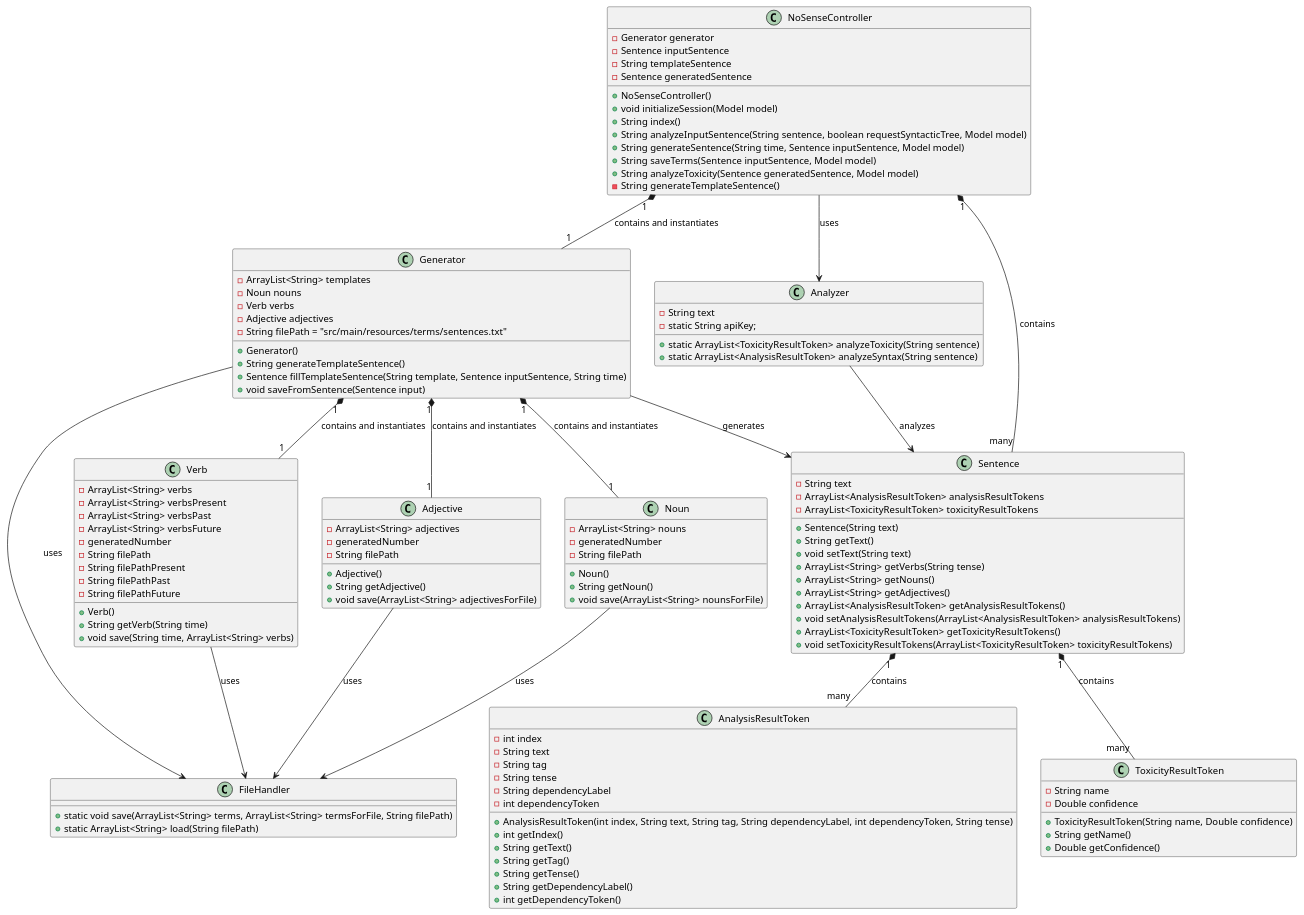
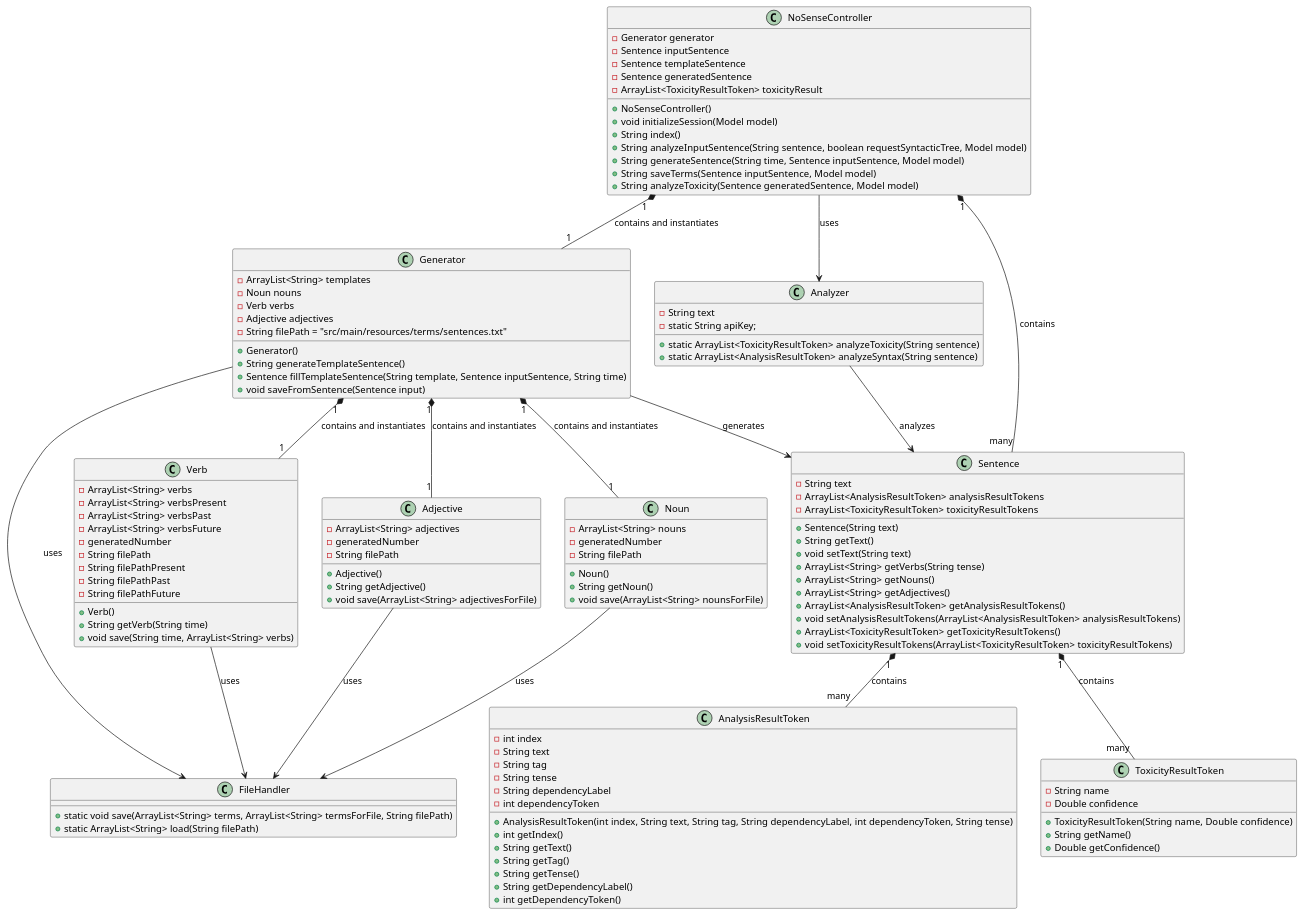
One commit to Giovi2004/NoSenseGenerator changed the diagram in docs/diagramsSource/classdiagram.pu. Above: the diagram before and after it, drawn with PlantUML. The commit also changed 1 other file, not shown here.

Commit message:
EDIT -class diagram

```diff
--- a/docs/diagramsSource/classdiagram.pu
+++ b/docs/diagramsSource/classdiagram.pu
@@ -1,125 +1,128 @@
 @startuml
+
+
 class NoSenseController {
     -Generator generator
     -Sentence inputSentence
-    -String templateSentence
+    -Sentence templateSentence
     -Sentence generatedSentence
+    -ArrayList<ToxicityResultToken> toxicityResult
     +NoSenseController()
     +void initializeSession(Model model)
     +String index()
     +String analyzeInputSentence(String sentence, boolean requestSyntacticTree, Model model)
     +String generateSentence(String time, Sentence inputSentence, Model model)
     +String saveTerms(Sentence inputSentence, Model model)
     +String analyzeToxicity(Sentence generatedSentence, Model model)
-    -String generateTemplateSentence()
 }
+
 
 class Noun {
     -ArrayList<String> nouns
     -generatedNumber
     -String filePath
     +Noun()
     +String getNoun()
     +void save(ArrayList<String> nounsForFile)
 }
 class Verb {
     -ArrayList<String> verbs
     -ArrayList<String> verbsPresent
     -ArrayList<String> verbsPast
     -ArrayList<String> verbsFuture
     -generatedNumber
     -String filePath
     -String filePathPresent
     -String filePathPast
     -String filePathFuture
     +Verb()
     +String getVerb(String time)
     +void save(String time, ArrayList<String> verbs)
 }
 class Adjective {
     -ArrayList<String> adjectives
     -generatedNumber
     -String filePath
     +Adjective()
     +String getAdjective()
     +void save(ArrayList<String> adjectivesForFile)
 }
 class Sentence {
     -String text
     -ArrayList<AnalysisResultToken> analysisResultTokens
     -ArrayList<ToxicityResultToken> toxicityResultTokens
     +Sentence(String text)
     +String getText()
     +void setText(String text)
     +ArrayList<String> getVerbs(String tense)
     +ArrayList<String> getNouns()
     +ArrayList<String> getAdjectives()
     +ArrayList<AnalysisResultToken> getAnalysisResultTokens()
     +void setAnalysisResultTokens(ArrayList<AnalysisResultToken> analysisResultTokens)
     +ArrayList<ToxicityResultToken> getToxicityResultTokens()
     +void setToxicityResultTokens(ArrayList<ToxicityResultToken> toxicityResultTokens)
 }
 
 class Generator {
     -ArrayList<String> templates
     -Noun nouns
     -Verb verbs
     -Adjective adjectives
     -String filePath = "src/main/resources/terms/sentences.txt"
     +Generator()
     +String generateTemplateSentence()
     +Sentence fillTemplateSentence(String template, Sentence inputSentence, String time)
     +void saveFromSentence(Sentence input)
 }
 
 class Analyzer {
     -String text
     -static String apiKey;
     +static ArrayList<ToxicityResultToken> analyzeToxicity(String sentence)
     +static ArrayList<AnalysisResultToken> analyzeSyntax(String sentence)
 }
 class AnalysisResultToken {
     -int index
     -String text
     -String tag
     -String tense
     -String dependencyLabel
     -int dependencyToken
     +AnalysisResultToken(int index, String text, String tag, String dependencyLabel, int dependencyToken, String tense)
     +int getIndex()
     +String getText()
     +String getTag()
     +String getTense()
     +String getDependencyLabel()
     +int getDependencyToken()
 }
 
 class FileHandler {
     +static void save(ArrayList<String> terms, ArrayList<String> termsForFile, String filePath)
     +static ArrayList<String> load(String filePath)
 }
 class ToxicityResultToken {
     -String name
     -Double confidence
     +ToxicityResultToken(String name, Double confidence)
     +String getName()
     +Double getConfidence()
 }
 
 
 NoSenseController "1" *-- "many" Sentence : contains
 Generator -->Sentence : generates
 NoSenseController --> Analyzer : uses
 Analyzer --> Sentence : analyzes
 Generator "1" *-- "1" Noun : contains and instantiates
 Generator "1" *-- "1" Verb : contains and instantiates
 Generator "1" *-- "1" Adjective : contains and instantiates
 NoSenseController "1" *-- "1" Generator : contains and instantiates
 Noun  --> FileHandler : uses
 Verb  --> FileHandler : uses
 Adjective  --> FileHandler : uses
 Generator  --> FileHandler : uses
 Sentence "1" *-- "many" AnalysisResultToken : contains
 Sentence "1" *-- "many" ToxicityResultToken : contains
 
 @enduml
```
